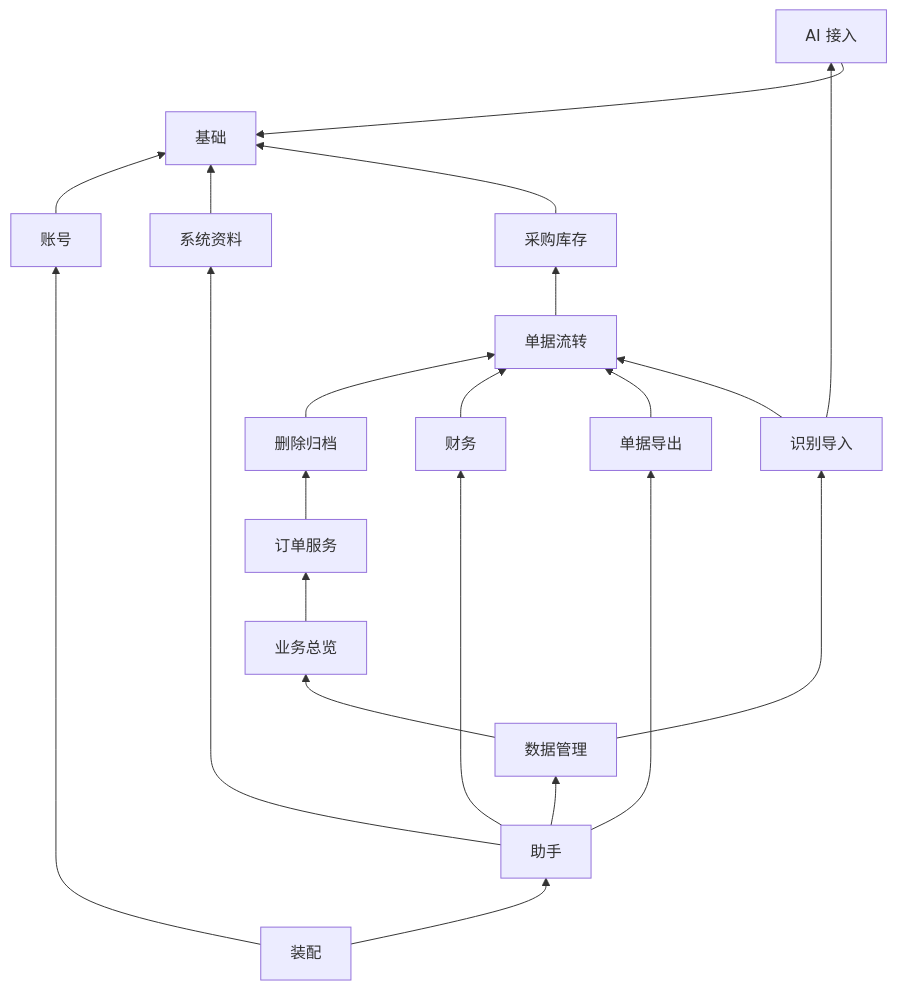
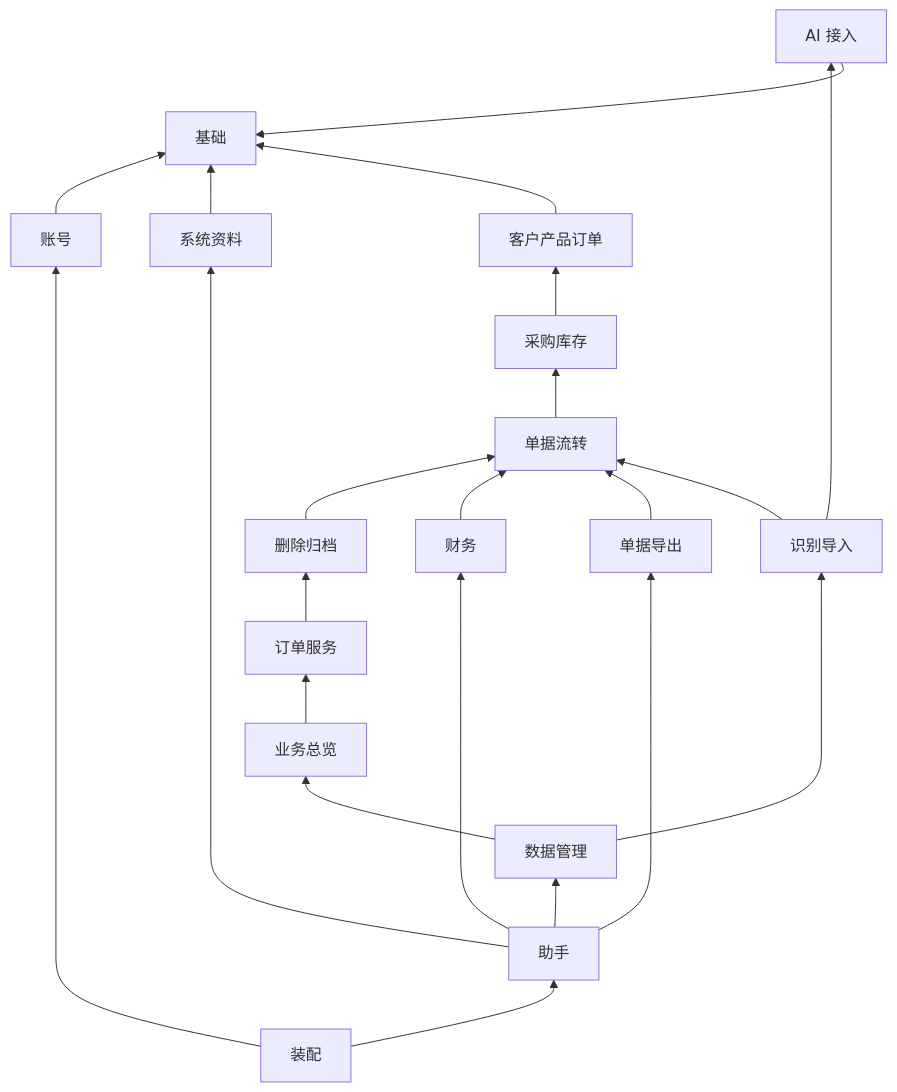
One commit to empitor/yongle-carton-erp changed the second of 2 diagrams in docs/架构说明.md. Above: the diagram before and after it, drawn with Mermaid. The commit also changed other lines of this file and 227 other files, not shown here.

````diff
--- a/docs/架构说明.md
+++ b/docs/架构说明.md
@@ -77,24 +78,25 @@
 ```mermaid
 flowchart BT
   core[基础] ~~~ ai[AI 接入]
   ai --> core
   accounts[账号] --> core
   sys[系统资料] --> core
-  ops[采购库存] --> core
+  sales[客户产品订单] --> core
+  ops[采购库存] --> sales
   flow[单据流转] --> ops
   life[删除归档] --> flow
   orders[订单服务] --> life
   biz[业务总览] --> orders
   fin[财务] --> flow
   doc[单据导出] --> flow
   imp[识别导入] --> flow
   imp --> ai
   adm[数据管理] --> biz
   adm --> imp
   ast[助手] --> adm
   ast --> doc
   ast --> fin
   ast --> sys
   app[装配] --> ast
   app --> accounts
 ```
````
